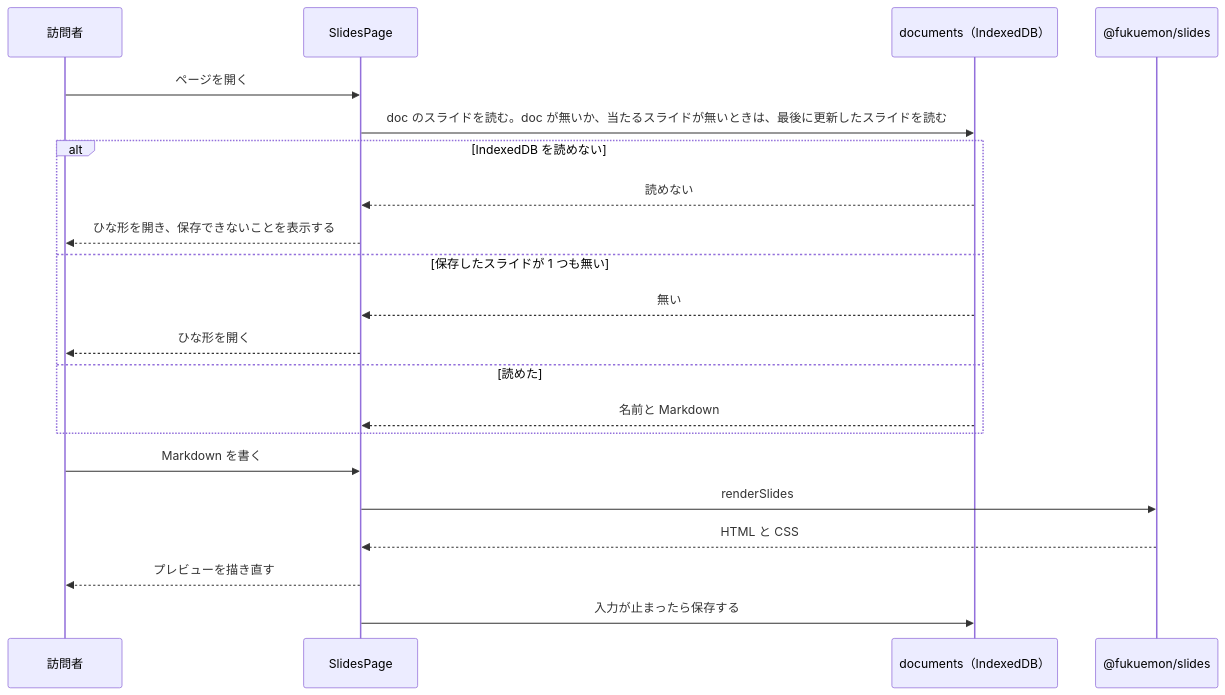
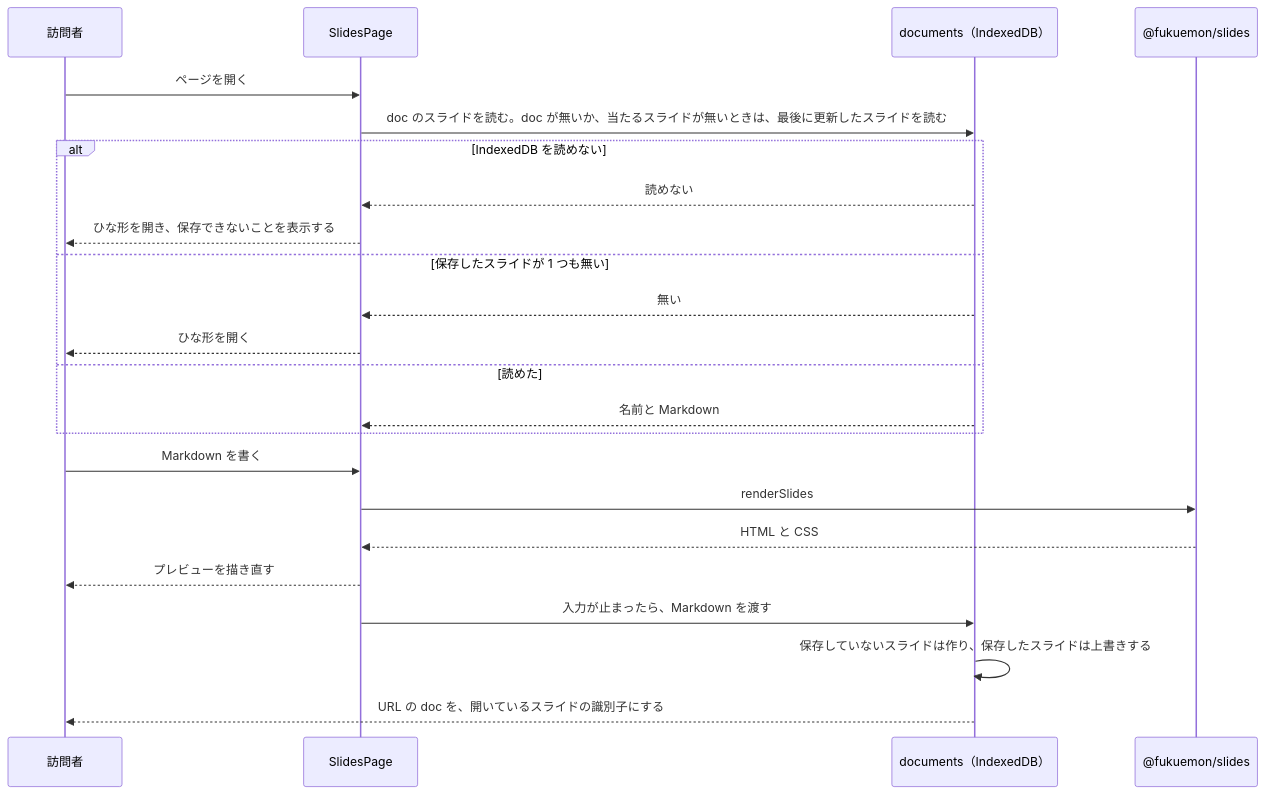
Before and after one commit to Fukuemon/fukuemon.dev: the third of 4 diagrams in docs/design/features/slides/DesignDoc.md, drawn with Mermaid. The commit also changed other lines of this file and 1 other file, not shown here.

First line of the commit message:
docs(design): スライドの設計の architecture のレビューの指摘を反映する #114

````diff
--- a/docs/design/features/slides/DesignDoc.md
+++ b/docs/design/features/slides/DesignDoc.md
@@ -250,24 +272,26 @@
 ```mermaid
 sequenceDiagram
   participant V as 訪問者
   participant P as SlidesPage
   participant D as documents（IndexedDB）
   participant S as @fukuemon/slides
 
   V->>P: ページを開く
   P->>D: doc のスライドを読む。doc が無いか、当たるスライドが無いときは、最後に更新したスライドを読む
   alt IndexedDB を読めない
     D-->>P: 読めない
     P-->>V: ひな形を開き、保存できないことを表示する
   else 保存したスライドが 1 つも無い
     D-->>P: 無い
     P-->>V: ひな形を開く
   else 読めた
     D-->>P: 名前と Markdown
   end
   V->>P: Markdown を書く
   P->>S: renderSlides
   S-->>P: HTML と CSS
   P-->>V: プレビューを描き直す
-  P->>D: 入力が止まったら保存する
+  P->>D: 入力が止まったら、Markdown を渡す
+  D->>D: 保存していないスライドは作り、保存したスライドは上書きする
+  D-->>V: URL の doc を、開いているスライドの識別子にする
 ```
````
